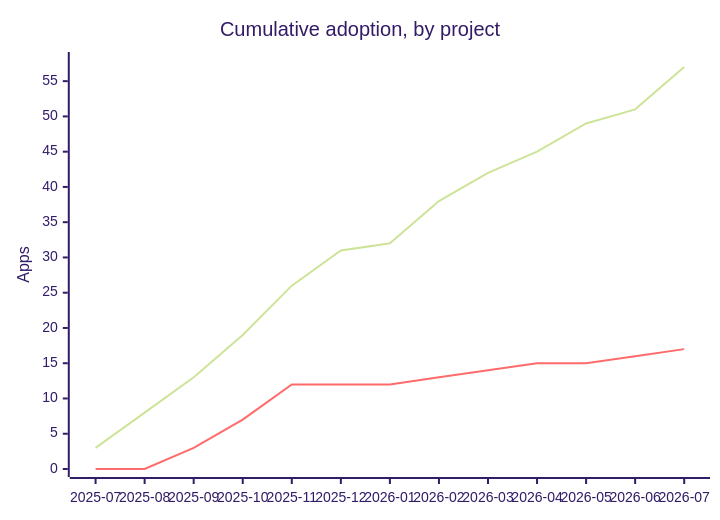
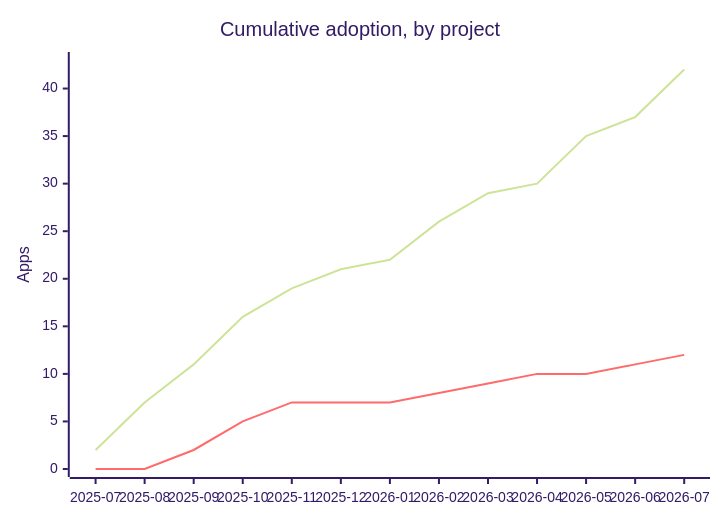
One commit to marcoroth/herb-corpus changed the first of 2 diagrams in README.md. Above: the diagram before and after it, drawn with Mermaid (forest theme). The commit also changed other lines of this file and 1095 other files, not shown here.

````diff
--- a/README.md
+++ b/README.md
@@ -415,8 +362,8 @@
 ```mermaid
 xychart
   title "Cumulative adoption, by project"
   x-axis ["2025-07", "2025-08", "2025-09", "2025-10", "2025-11", "2025-12", "2026-01", "2026-02", "2026-03", "2026-04", "2026-05", "2026-06", "2026-07"]
-  y-axis "Apps" 0 --> 58
-  line [3, 8, 13, 19, 26, 31, 32, 38, 42, 45, 49, 51, 57]
-  line [0, 0, 3, 7, 12, 12, 12, 13, 14, 15, 15, 16, 17]
+  y-axis "Apps" 0 --> 43
+  line [2, 7, 11, 16, 19, 21, 22, 26, 29, 30, 35, 37, 42]
+  line [0, 0, 2, 5, 7, 7, 7, 8, 9, 10, 10, 11, 12]
 ```
````
